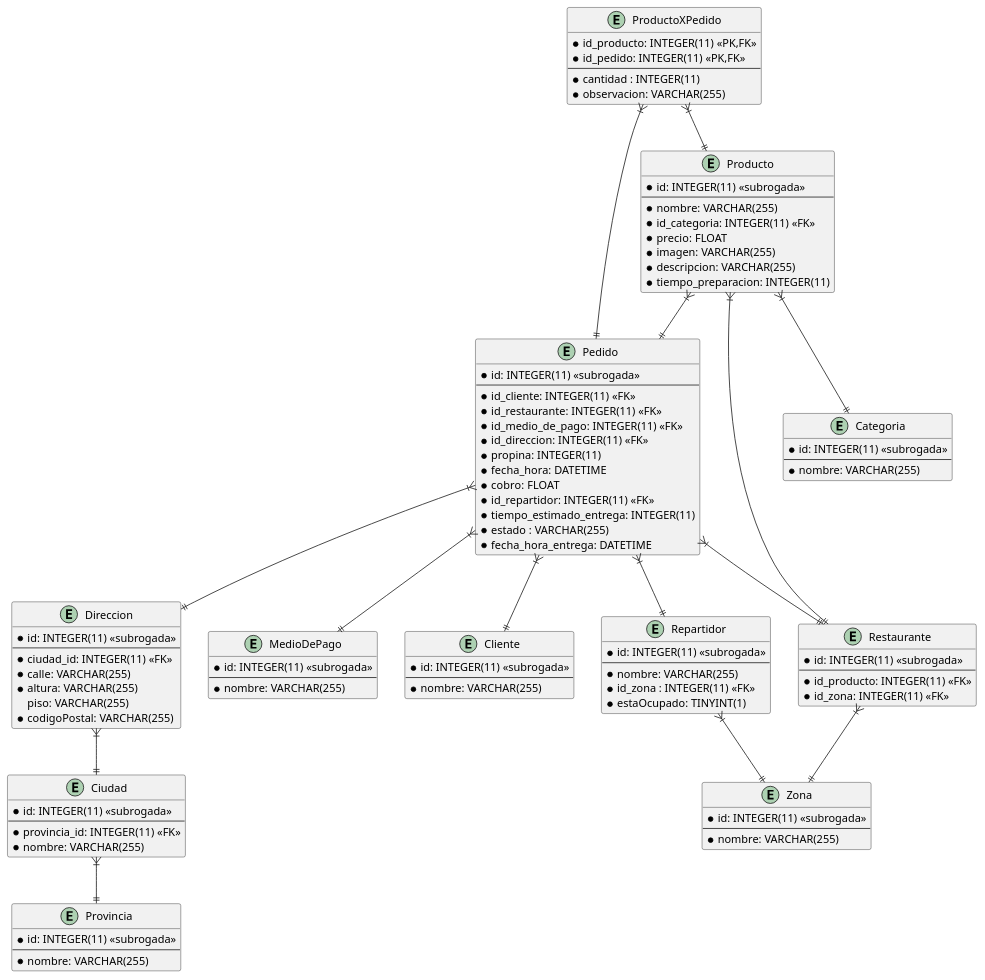
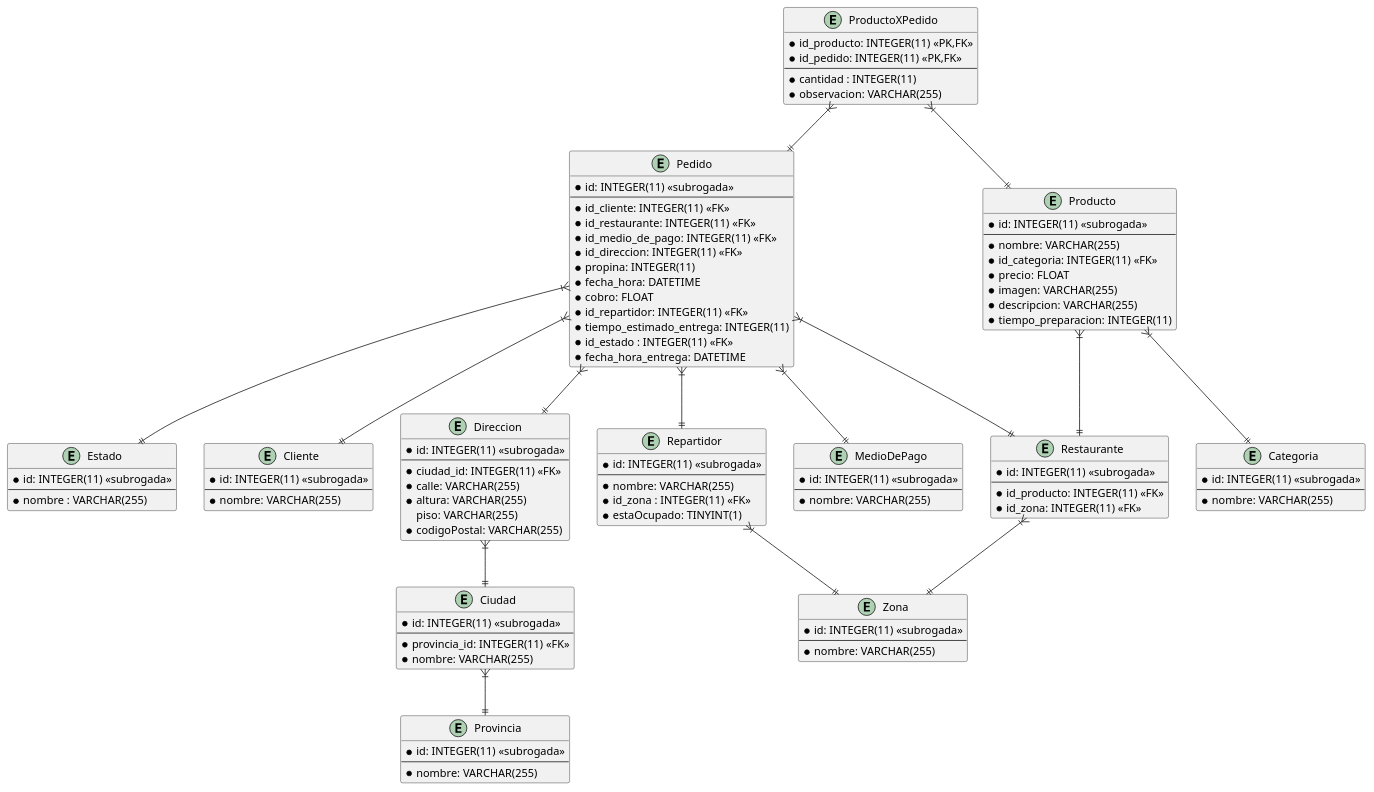
One commit to JuanmaIglesias10/DDS-UTN-public changed the diagram in practicaEntregablePersistencia/der.puml. Above: the diagram before and after it, drawn with PlantUML. The commit also changed other lines of this file, not shown here.

```diff
--- a/practicaEntregablePersistencia/der.puml
+++ b/practicaEntregablePersistencia/der.puml
@@ -1,125 +1,132 @@
 @startuml der
 
 Entity Pedido {
 * id: INTEGER(11) <<subrogada>>
 --
 * id_cliente: INTEGER(11) <<FK>>
 * id_restaurante: INTEGER(11) <<FK>>
 * id_medio_de_pago: INTEGER(11) <<FK>>
 * id_direccion: INTEGER(11) <<FK>>
 * propina: INTEGER(11)
 * fecha_hora: DATETIME
 * cobro: FLOAT
 * id_repartidor: INTEGER(11) <<FK>>
 * tiempo_estimado_entrega: INTEGER(11)
-* estado : VARCHAR(255)
+* id_estado : INTEGER(11) <<FK>>
 * fecha_hora_entrega: DATETIME
 }
+
+Entity Estado {
+* id: INTEGER(11) <<subrogada>>
+--
+* nombre : VARCHAR(255)
+}
+
+Pedido }|--|| Estado
 
 Entity ProductoXPedido {
 * id_producto: INTEGER(11) <<PK,FK>>
 * id_pedido: INTEGER(11) <<PK,FK>>
 --
 * cantidad : INTEGER(11)
 * observacion: VARCHAR(255)
 }
 
 Entity Producto {
 * id: INTEGER(11) <<subrogada>>
 --
 * nombre: VARCHAR(255)
 * id_categoria: INTEGER(11) <<FK>>
 * precio: FLOAT
 * imagen: VARCHAR(255)
 * descripcion: VARCHAR(255)
 * tiempo_preparacion: INTEGER(11)
 }
 
 Entity Cliente {
 * id: INTEGER(11) <<subrogada>>
 --
 * nombre: VARCHAR(255)
 }
 
 Pedido }|--|| Cliente
 
 Entity Restaurante {
 * id: INTEGER(11) <<subrogada>>
 --
 * id_producto: INTEGER(11) <<FK>>
 * id_zona: INTEGER(11) <<FK>>
 }
 
 Pedido }|--|| Restaurante
 
 Entity Repartidor {
 * id: INTEGER(11) <<subrogada>>
 --
 * nombre: VARCHAR(255)
 * id_zona : INTEGER(11) <<FK>>
 * estaOcupado: TINYINT(1)
 }
 
 Pedido }|--|| Repartidor
 
-Producto }|--|| Pedido 
 Producto }|--|| Restaurante
 
 Entity Categoria {
 * id: INTEGER(11) <<subrogada>>
 --
 * nombre: VARCHAR(255)
 }
 
 Producto }|--|| Categoria
 
 ProductoXPedido }|--|| Pedido
 ProductoXPedido }|--|| Producto
 
 Entity MedioDePago {
 * id: INTEGER(11) <<subrogada>>
 --
 * nombre: VARCHAR(255)
 }
 
 Pedido }|--|| MedioDePago
 
 Entity Direccion {
  * id: INTEGER(11) <<subrogada>>
  --
  * ciudad_id: INTEGER(11) <<FK>>
  * calle: VARCHAR(255)
  * altura: VARCHAR(255)
    piso: VARCHAR(255)
  * codigoPostal: VARCHAR(255)
 }
 
 Pedido }|--|| Direccion
 
 entity Ciudad {
  * id: INTEGER(11) <<subrogada>>
  --
  * provincia_id: INTEGER(11) <<FK>>
  * nombre: VARCHAR(255)
 }
 
 Direccion }|--|| Ciudad
 
 entity Provincia {
  * id: INTEGER(11) <<subrogada>>
  --
  * nombre: VARCHAR(255)    
 }
 
 Ciudad }|--|| Provincia
 
 Entity Zona {
 * id: INTEGER(11) <<subrogada>>
 --
 * nombre: VARCHAR(255) 
 }
 
 Restaurante }|--|| Zona
 Repartidor }|--|| Zona
 
 @enduml
```
